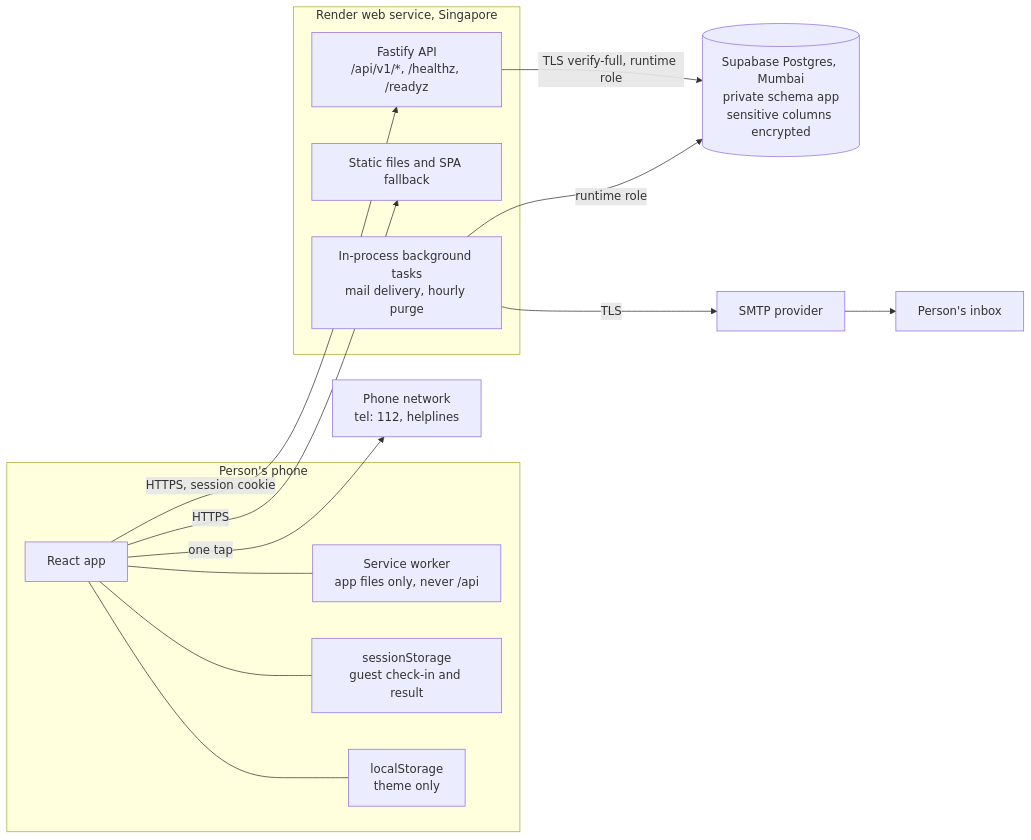
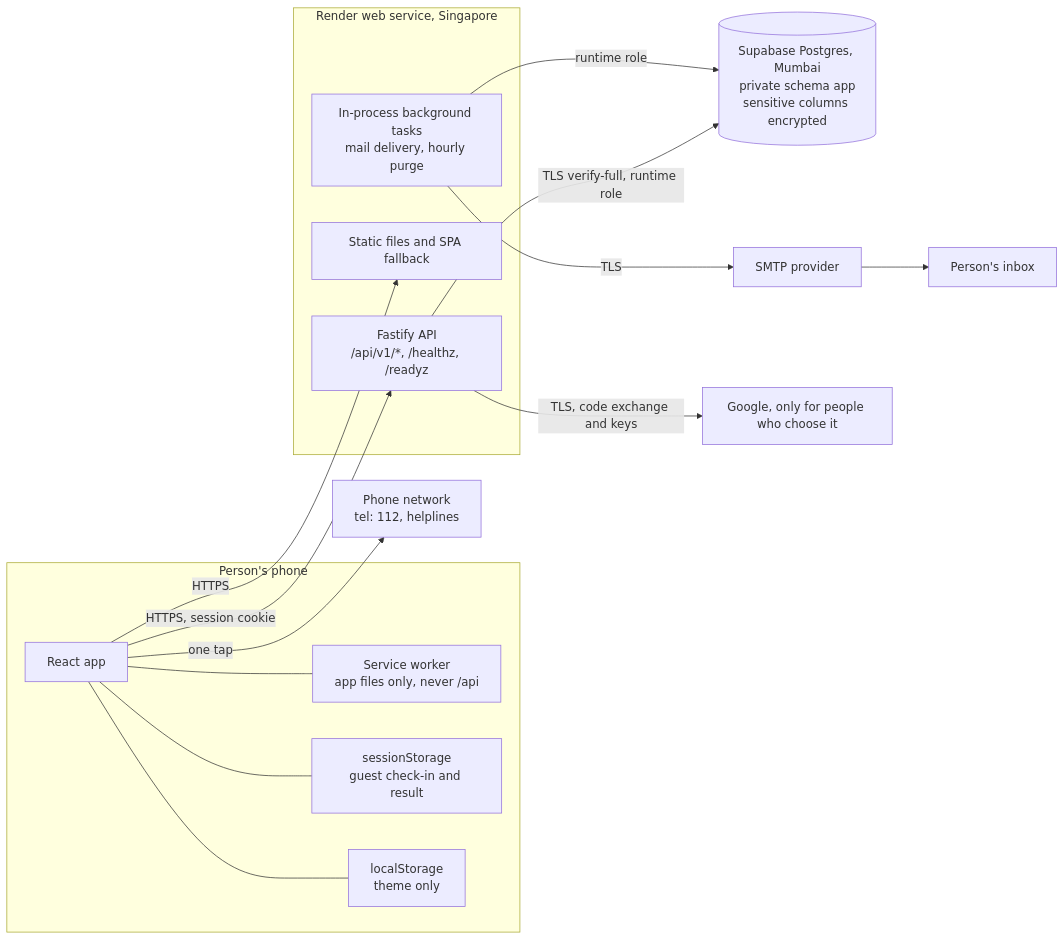
Before and after one commit to gypk555/anxiety: the first of 4 diagrams in docs/ARCHITECTURE.md, drawn with Mermaid. The commit also changed other lines of this file and 135 other files, not shown here.

````diff
--- a/docs/ARCHITECTURE.md
+++ b/docs/ARCHITECTURE.md
@@ -9,30 +9,32 @@
 ```mermaid
 flowchart LR
   subgraph phone["Person's phone"]
     SPA["React app"]
     SW["Service worker<br/>app files only, never /api"]
     SS["sessionStorage<br/>guest check-in and result"]
     LS["localStorage<br/>theme only"]
     SPA --- SW
     SPA --- SS
     SPA --- LS
   end
 
   subgraph render["Render web service, Singapore"]
     API["Fastify API<br/>/api/v1/*, /healthz, /readyz"]
     STATIC["Static files and SPA fallback"]
     BG["In-process background tasks<br/>mail delivery, hourly purge"]
   end
 
   DB[("Supabase Postgres, Mumbai<br/>private schema app<br/>sensitive columns encrypted")]
   SMTP["SMTP provider"]
+  GOOGLE["Google, only for people who choose it"]
   INBOX["Person's inbox"]
   HELP["Phone network<br/>tel: 112, helplines"]
 
   SPA -- "HTTPS, session cookie" --> API
   SPA -- "HTTPS" --> STATIC
   API -- "TLS verify-full, runtime role" --> DB
   BG -- "runtime role" --> DB
   BG -- "TLS" --> SMTP --> INBOX
   SPA -- "one tap" --> HELP
+  API -- "TLS, code exchange and keys" --> GOOGLE
 ```
````
